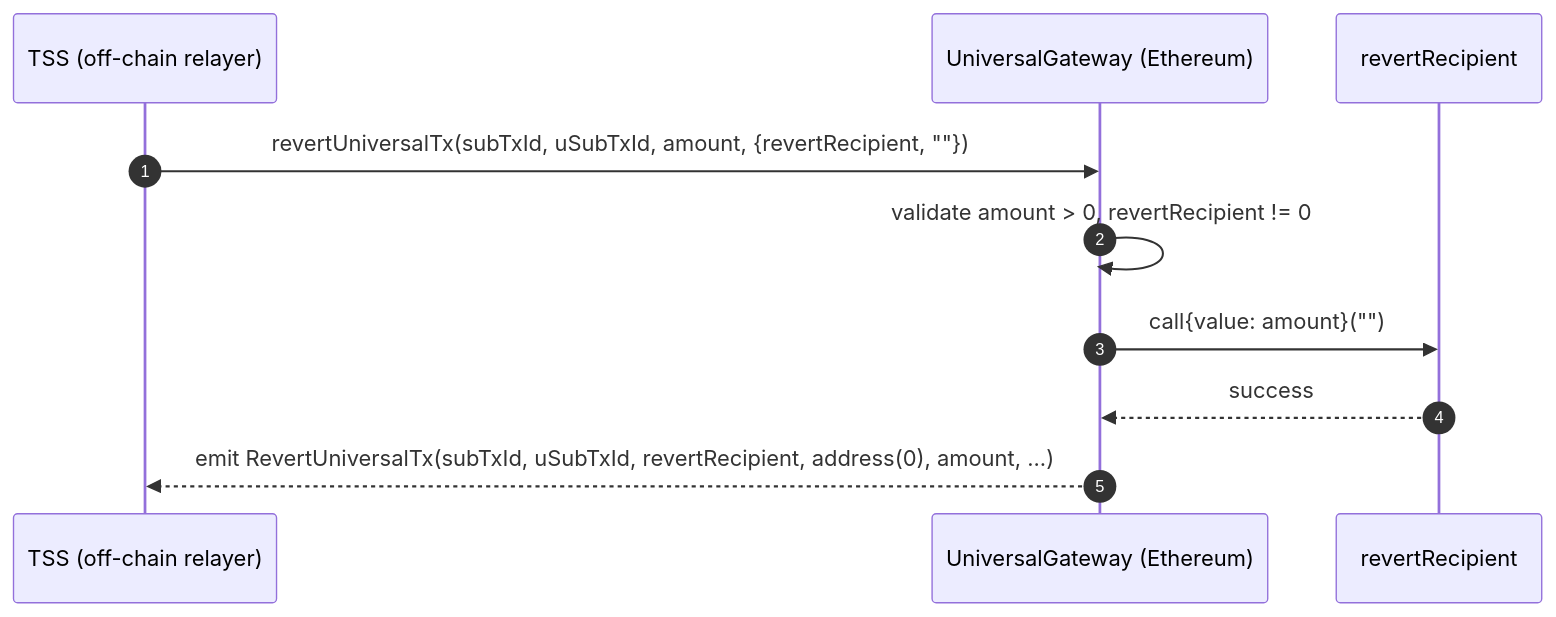
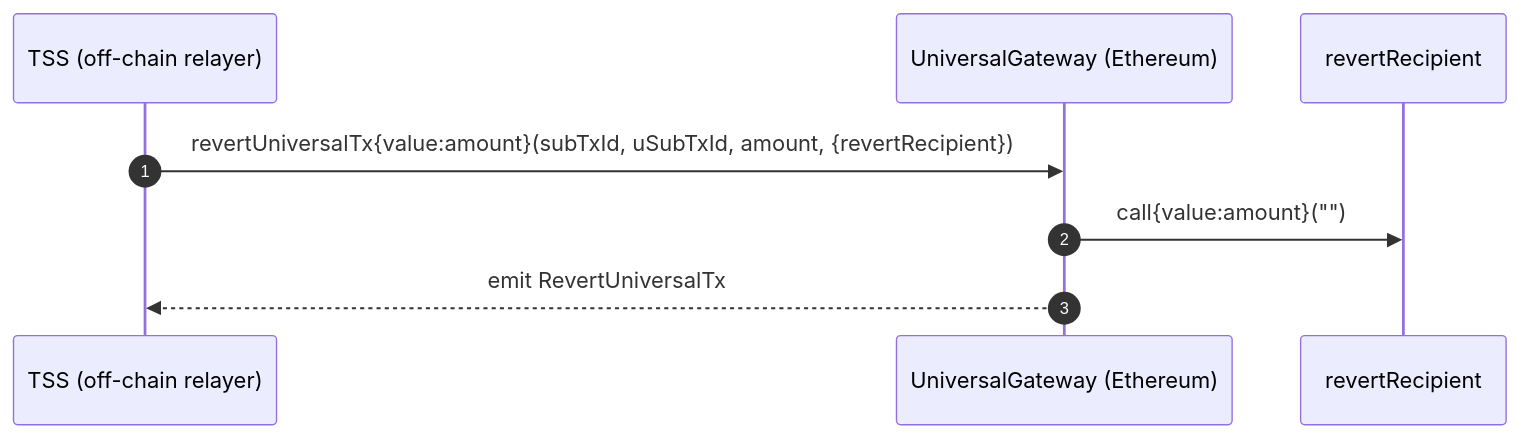
Diagram 12 of 12 in contracts/evm-gateway/docs/4_OutboundTx_Flows.md (pushchain/push-chain-gateway-contracts), drawn with Mermaid before and after one commit. The commit also changed other lines of this file, not shown here.

````diff
--- a/contracts/evm-gateway/docs/4_OutboundTx_Flows.md
+++ b/contracts/evm-gateway/docs/4_OutboundTx_Flows.md
@@ -1269,13 +857,11 @@
 ```mermaid
 sequenceDiagram
     autonumber
     participant TSS as TSS (off-chain relayer)
     participant GW as UniversalGateway (Ethereum)
     participant R as revertRecipient
 
-    TSS->>GW: revertUniversalTx(subTxId, uSubTxId, amount, {revertRecipient, ""})
-    GW->>GW: validate amount > 0, revertRecipient != 0
-    GW->>R: call{value: amount}("")
-    R-->>GW: success
-    GW-->>TSS: emit RevertUniversalTx(subTxId, uSubTxId, revertRecipient, address(0), amount, ...)
+    TSS->>GW: revertUniversalTx{value:amount}(subTxId, uSubTxId, amount, {revertRecipient})
+    GW->>R: call{value:amount}("")
+    GW-->>TSS: emit RevertUniversalTx
 ```
````
